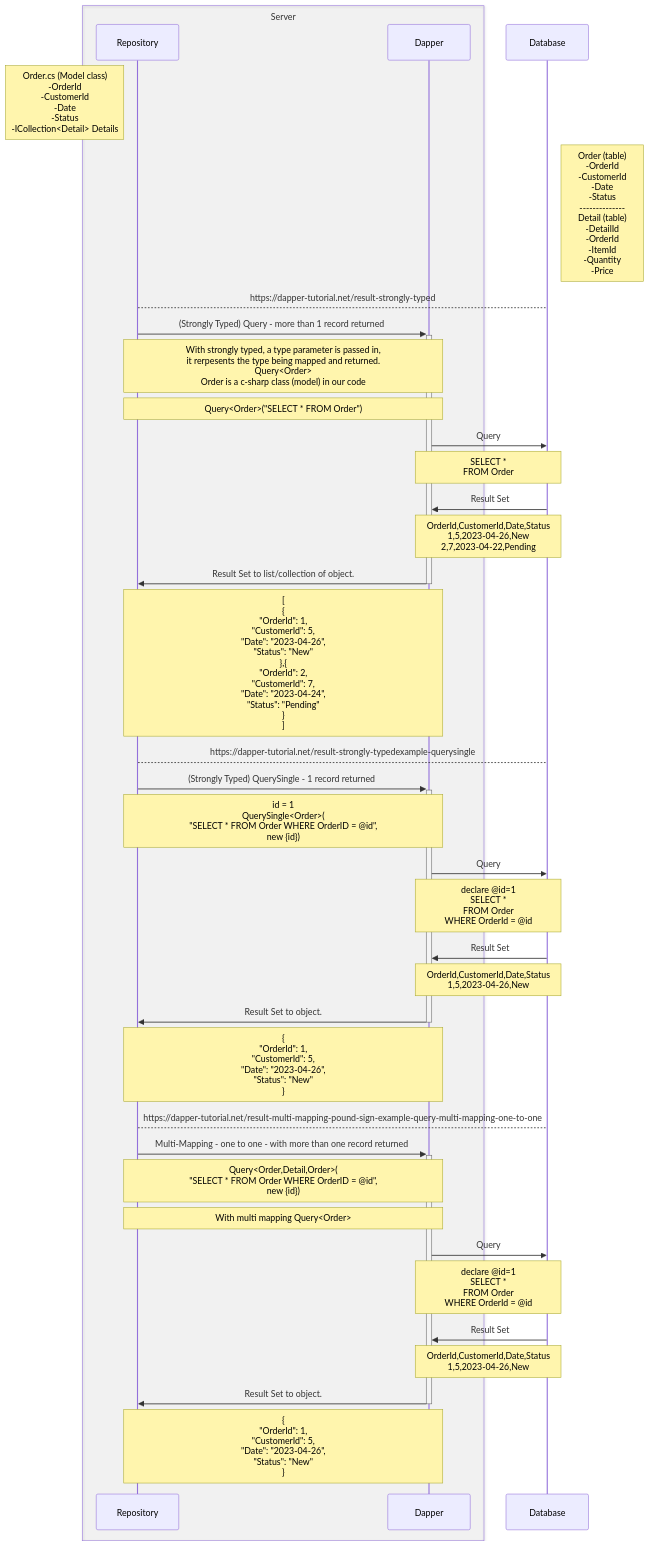
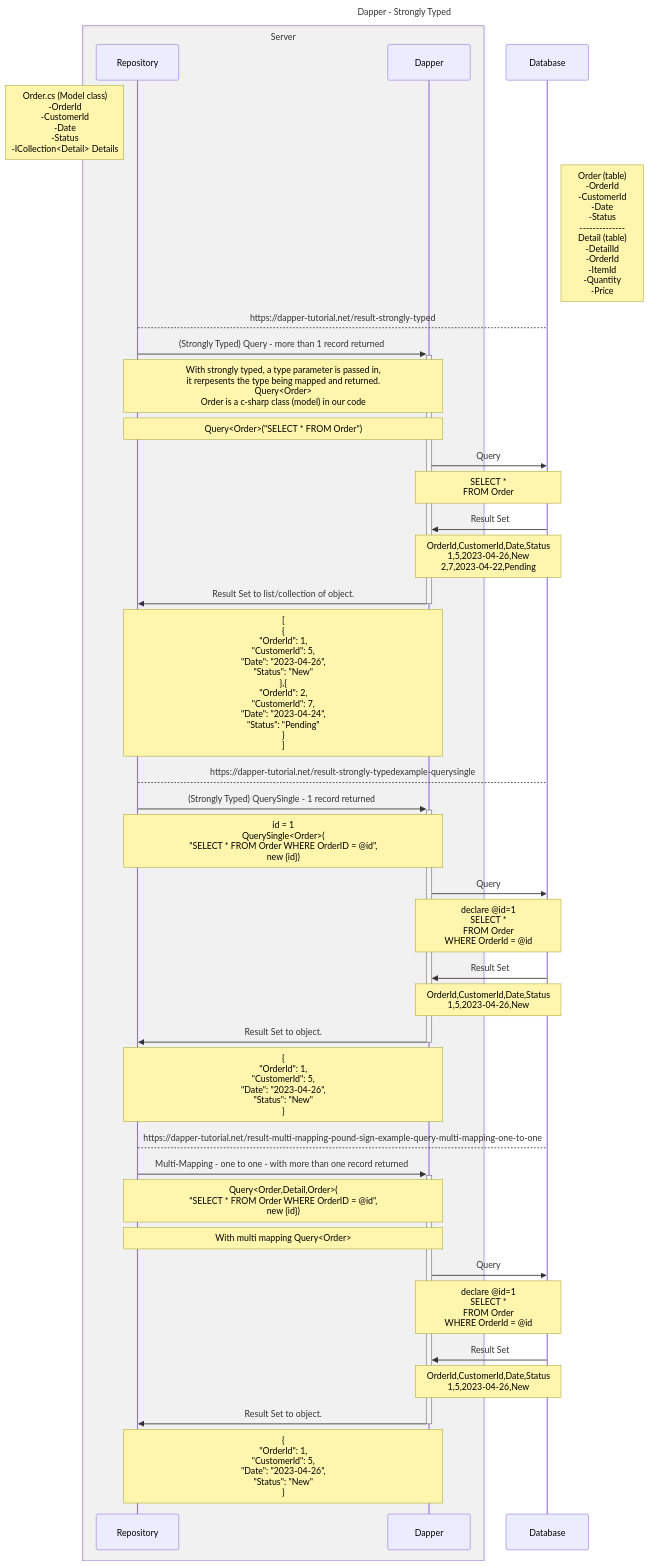
The second of 2 diagrams in dapper.md (pauljeanquart/mermaid), drawn with Mermaid before and after one commit. The commit also changed other lines of this file, not shown here.

Commit message:
Added ef diagram

````diff
--- a/dapper.md
+++ b/dapper.md
@@ -7,44 +37,47 @@
 ```mermaid
+---
+title: Dapper - Strongly Typed
+---
 sequenceDiagram
 
 box rgba(60,60,60,.05) Server 
     participant Repository
     participant Dapper
 end
 participant Database
 Note left of Repository: Order.cs (Model class)<br>-OrderId<br>-CustomerId<br>-Date<br>-Status<br>-ICollection<Detail> Details
 Note right of Database: Order (table)<br>-OrderId<br>-CustomerId<br>-Date<br>-Status<br>--------------<br>Detail (table)<br>-DetailId<br>-OrderId<br>-ItemId<br>-Quantity<br>-Price
     #dividing line
     Repository-->Database: https://dapper-tutorial.net/result-strongly-typed#example-query
     Repository->>+Dapper: (Strongly Typed) Query - more than 1 record returned
         Note over Repository,Dapper: With strongly typed, a type parameter is passed in,<br> it rerpesents the type being mapped and returned.<br> Query<Order><br>Order is a c-sharp class (model) in our code
         Note over Repository,Dapper: Query<Order>("SELECT * FROM Order")
         Dapper->>Database: Query
           Note over Dapper,Database: SELECT *<br>FROM Order
         Database->>Dapper: Result Set
           Note over Dapper,Database: OrderId,CustomerId,Date,Status<br>1,5,2023-04-26,New<br>2,7,2023-04-22,Pending
     Dapper->>-Repository: Result Set to list/collection of object.
       Note over Dapper,Repository: [<br> {<br>"OrderId": 1,<br>"CustomerId": 5,<br>"Date": "2023-04-26",<br>"Status": "New"<br>},{<br>"OrderId": 2,<br>"CustomerId": 7,<br>"Date": "2023-04-24",<br>"Status": "Pending"<br>}<br>]
     #dividing line
     Repository-->Database: https://dapper-tutorial.net/result-strongly-typedexample-querysingle
     Repository->>+Dapper: (Strongly Typed) QuerySingle - 1 record returned
         Note over Repository,Dapper: id = 1<br>QuerySingle<Order>(<br>"SELECT * FROM Order WHERE OrderID = @id",<br>new {id})
         Dapper->>Database: Query
           Note over Dapper,Database: declare @id=1<br>SELECT *<br>FROM Order<br>WHERE OrderId = @id
         Database->>Dapper: Result Set
           Note over Dapper,Database: OrderId,CustomerId,Date,Status<br>1,5,2023-04-26,New
     Dapper->>-Repository: Result Set to object.
       Note over Dapper,Repository: {<br>"OrderId": 1,<br>"CustomerId": 5,<br>"Date": "2023-04-26",<br>"Status": "New"<br>}
 
     #dividing line
     Repository-->Database: https://dapper-tutorial.net/result-multi-mapping-pound-sign-example-query-multi-mapping-one-to-one
     Repository->>+Dapper: Multi-Mapping - one to one - with more than one record returned
         Note over Repository,Dapper: Query<Order,Detail,Order>(<br>"SELECT * FROM Order WHERE OrderID = @id",<br>new {id})
         Note over Repository,Dapper: With multi mapping Query<Order>
         Dapper->>Database: Query
           Note over Dapper,Database: declare @id=1<br>SELECT *<br>FROM Order<br>WHERE OrderId = @id
         Database->>Dapper: Result Set
           Note over Dapper,Database: OrderId,CustomerId,Date,Status<br>1,5,2023-04-26,New
     Dapper->>-Repository: Result Set to object.
       Note over Dapper,Repository: {<br>"OrderId": 1,<br>"CustomerId": 5,<br>"Date": "2023-04-26",<br>"Status": "New"<br>}
 ```
````
